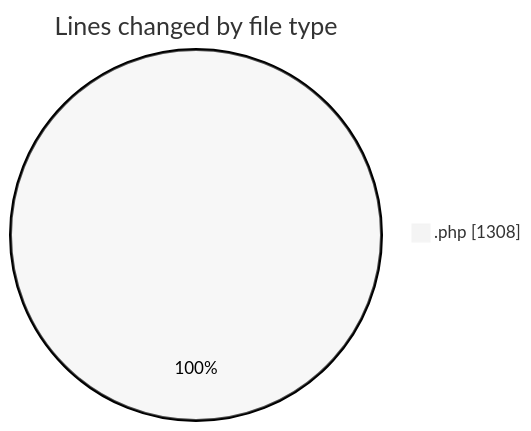
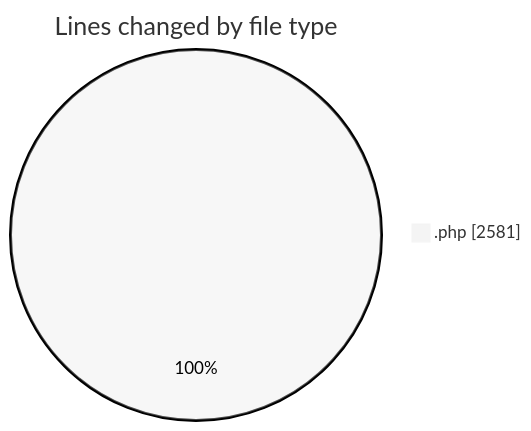
One commit to vahidmafi/code-tracking changed the first of 2 diagrams in 2025-05-31/shop/README.md. Above: the diagram before and after it, drawn with Mermaid (neutral theme). The commit also changed other lines of this file and 1 other file, not shown here.

````diff
--- a/2025-05-31/shop/README.md
+++ b/2025-05-31/shop/README.md
@@ -20,5 +21,5 @@
 ```mermaid
 pie showData
 title Lines changed by file type
-".php" : 1308
+".php" : 2581
 ```
````
